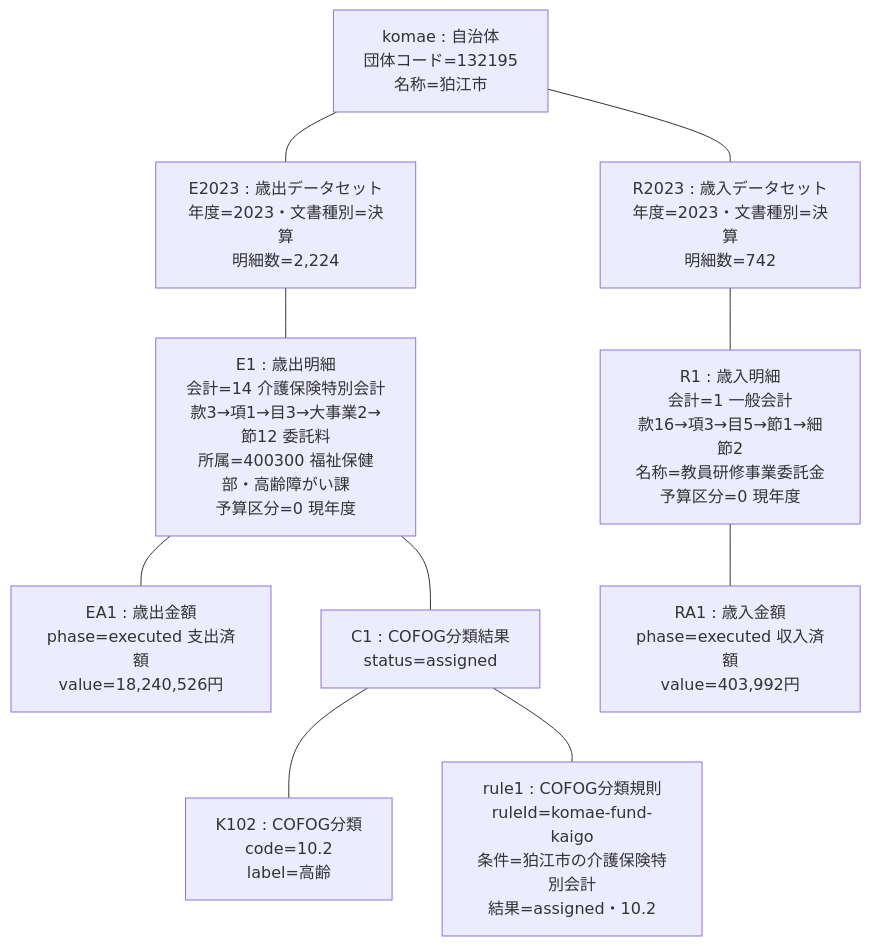
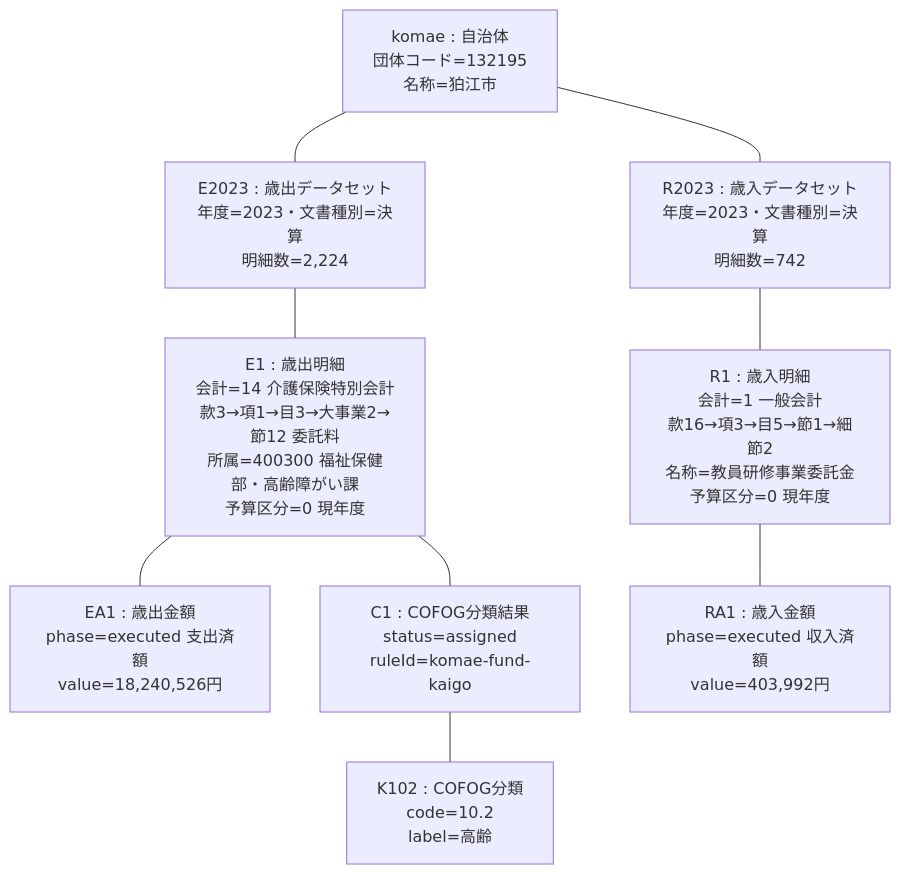
One commit to wwwyo/fudoki changed the diagram in docs/fiscal-object-example.md. Above: the diagram before and after it, drawn with Mermaid. The commit also changed other lines of this file and 1 other file, not shown here.

Commit message:
Keep classification rules in Git and show only their identifiers in the data model

````diff
--- a/docs/fiscal-object-example.md
+++ b/docs/fiscal-object-example.md
@@ -9,22 +9,20 @@
 ```mermaid
 flowchart TB
     J["komae : 自治体<br/>団体コード=132195<br/>名称=狛江市"]
     ED["E2023 : 歳出データセット<br/>年度=2023・文書種別=決算<br/>明細数=2,224"]
     RD["R2023 : 歳入データセット<br/>年度=2023・文書種別=決算<br/>明細数=742"]
     EL["E1 : 歳出明細<br/>会計=14 介護保険特別会計<br/>款3→項1→目3→大事業2→節12 委託料<br/>所属=400300 福祉保健部・高齢障がい課<br/>予算区分=0 現年度"]
     RL["R1 : 歳入明細<br/>会計=1 一般会計<br/>款16→項3→目5→節1→細節2<br/>名称=教員研修事業委託金<br/>予算区分=0 現年度"]
     EA["EA1 : 歳出金額<br/>phase=executed 支出済額<br/>value=18,240,526円"]
     RA["RA1 : 歳入金額<br/>phase=executed 収入済額<br/>value=403,992円"]
-    C["C1 : COFOG分類結果<br/>status=assigned"]
+    C["C1 : COFOG分類結果<br/>status=assigned<br/>ruleId=komae-fund-kaigo"]
     K["K102 : COFOG分類<br/>code=10.2<br/>label=高齢"]
-    RULE["rule1 : COFOG分類規則<br/>ruleId=komae-fund-kaigo<br/>条件=狛江市の介護保険特別会計<br/>結果=assigned・10.2"]
     J --- ED
     J --- RD
     ED --- EL
     RD --- RL
     EL --- EA
     RL --- RA
     EL --- C
     C --- K
-    C --- RULE
 ```
````
